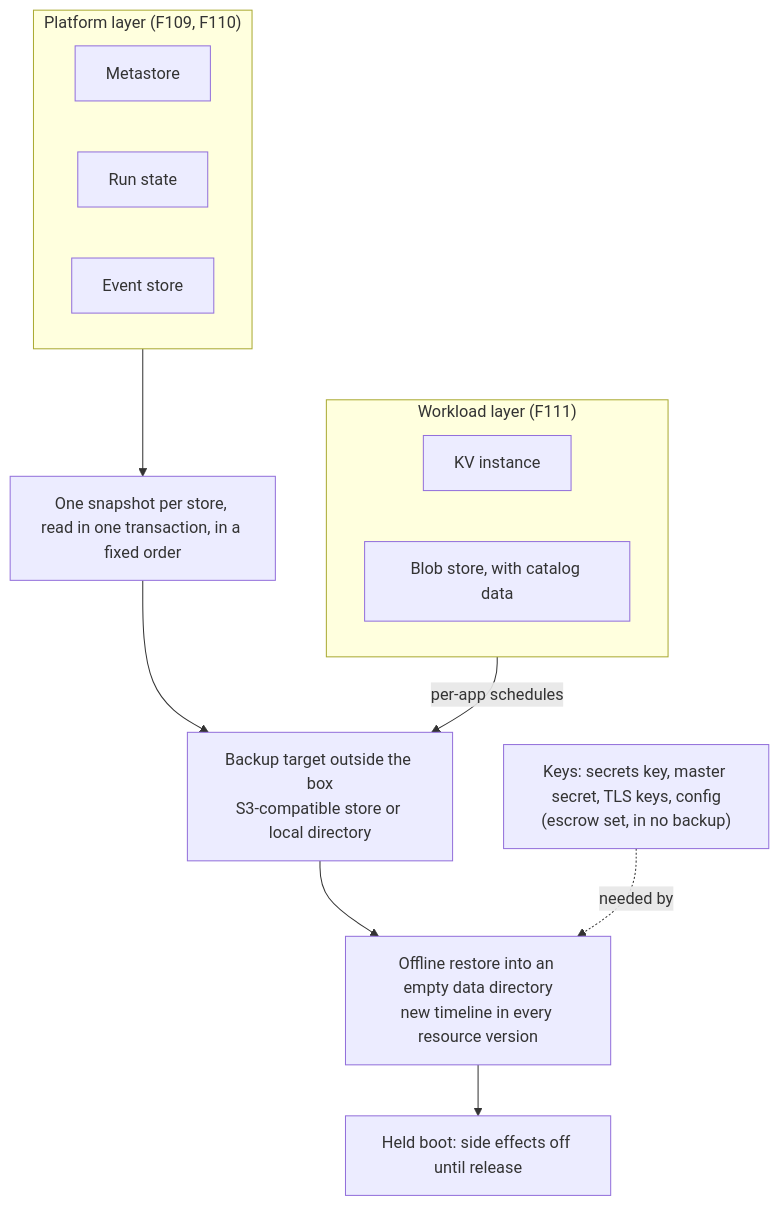
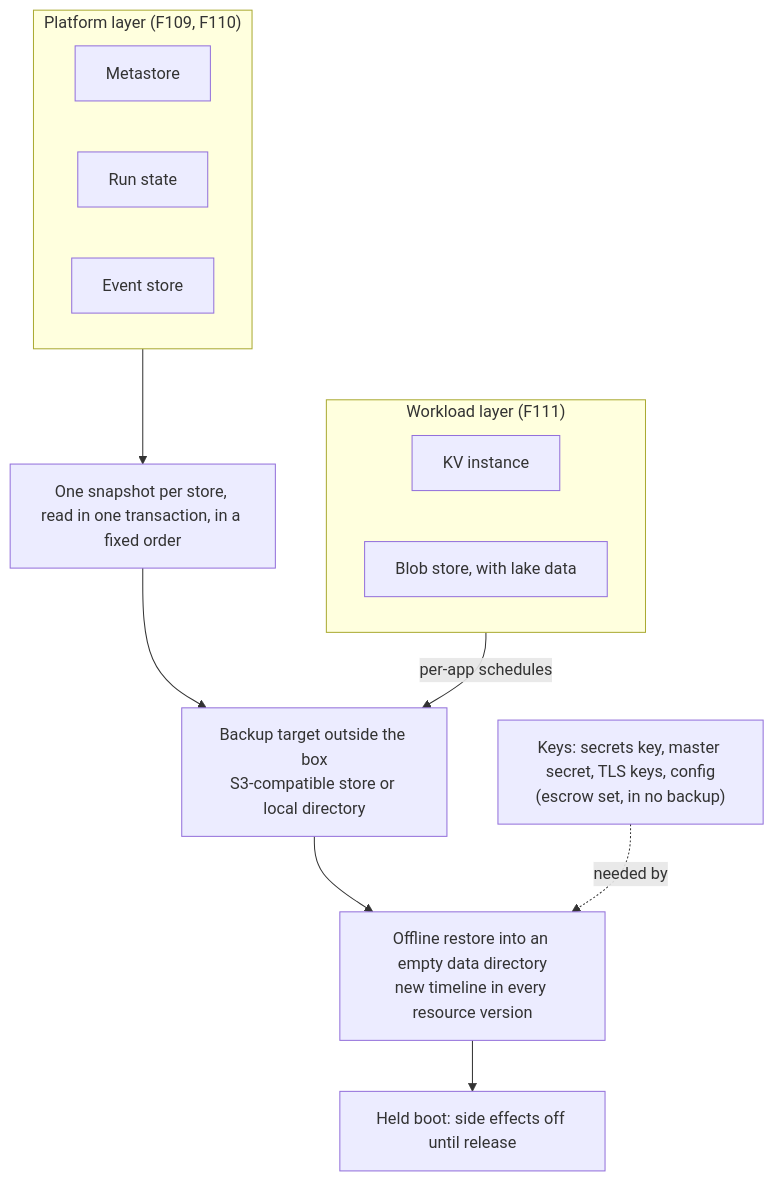
Before and after one commit to pyvvo/funcd: the second of 2 diagrams in docs/feat/0009-feat-disaster-recovery.md, drawn with Mermaid. The commit also changed other lines of this file and 255 other files, not shown here.

First line of the commit message:
feat(api)!: CatalogService is renamed Lake (ADR-0261)

````diff
--- a/docs/feat/0009-feat-disaster-recovery.md
+++ b/docs/feat/0009-feat-disaster-recovery.md
@@ -73,21 +73,21 @@
 ```mermaid
 flowchart TB
     subgraph PLAT["Platform layer (F109, F110)"]
         MS["Metastore"]
         RS["Run state"]
         ES["Event store"]
     end
     subgraph WORK["Workload layer (F111)"]
         KV["KV instance"]
-        BL["Blob store, with catalog data"]
+        BL["Blob store, with lake data"]
     end
     KEYS["Keys: secrets key, master secret, TLS keys, config<br/>(escrow set, in no backup)"]
     SNAP["One snapshot per store, read in one transaction, in a fixed order"]
     TGT["Backup target outside the box<br/>S3-compatible store or local directory"]
     REST["Offline restore into an empty data directory<br/>new timeline in every resource version"]
     HOLD["Held boot: side effects off until release"]
     PLAT --> SNAP --> TGT
     WORK -->|"per-app schedules"| TGT
     TGT --> REST --> HOLD
     KEYS -.->|"needed by"| REST
 ```
````
